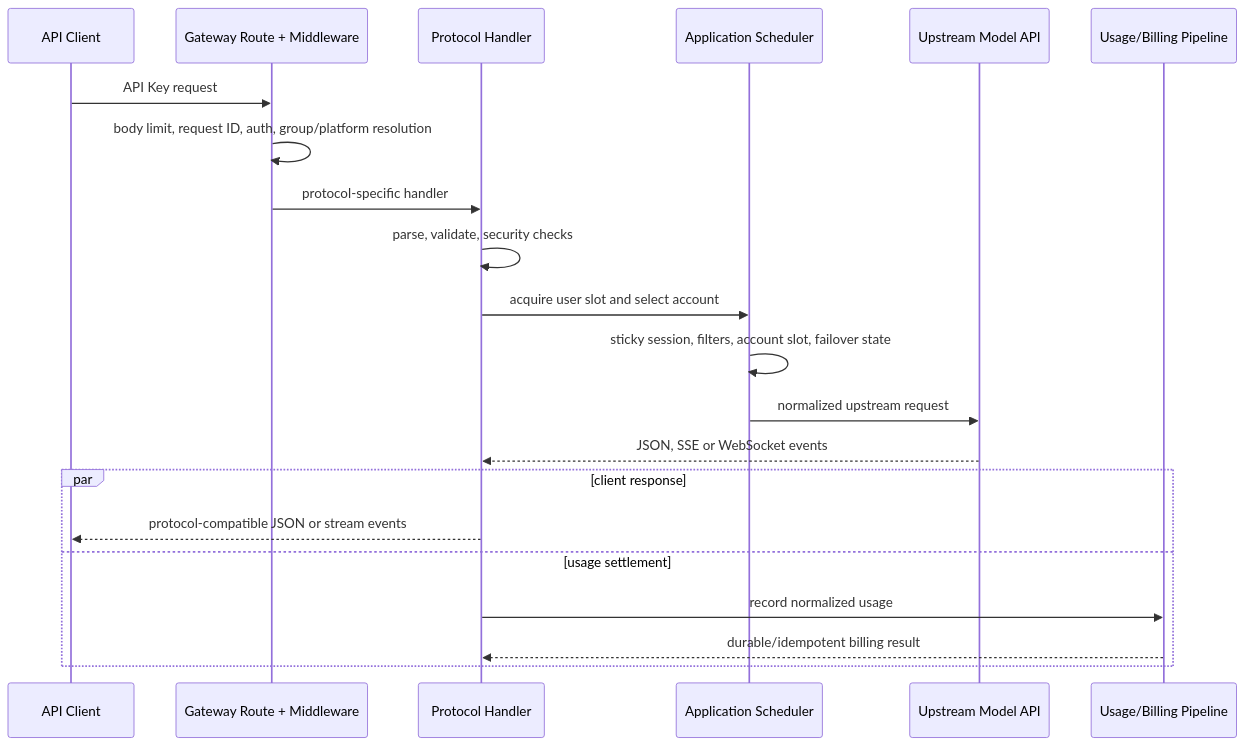
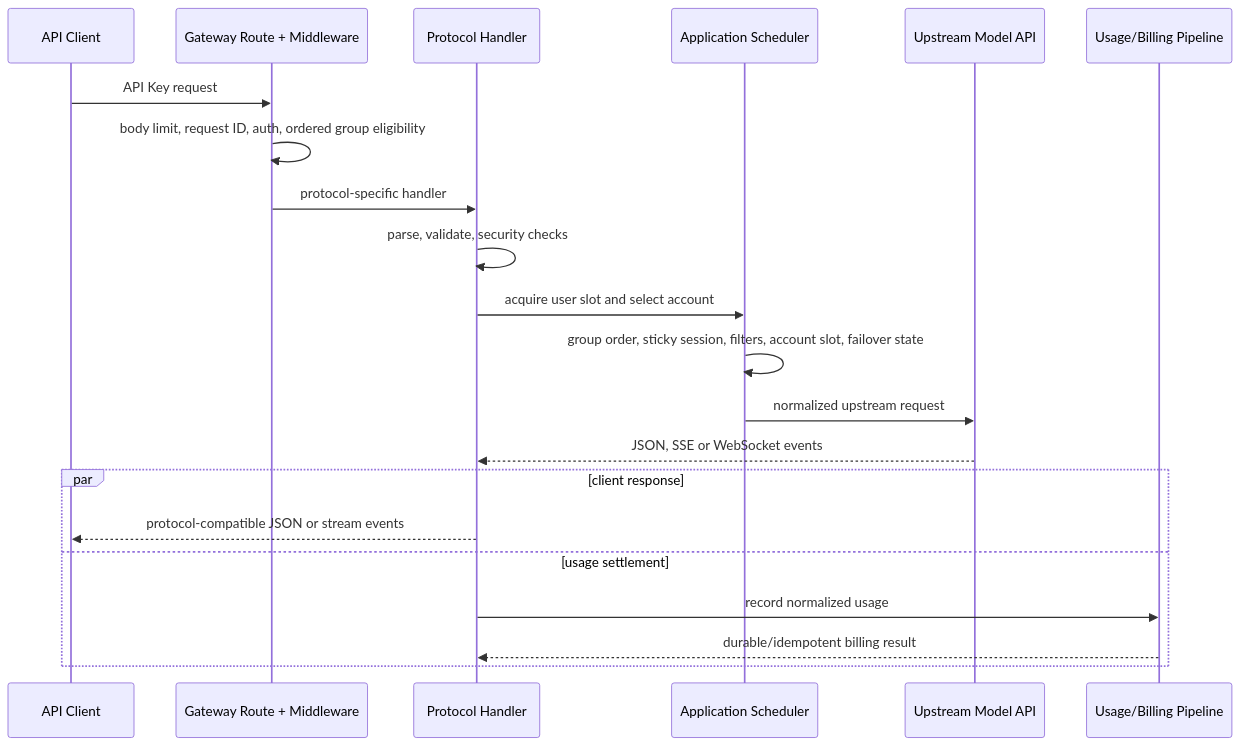
One commit to DR-lin-eng/sub2api-no2api changed the first of 2 diagrams in docs/REQUEST_LIFECYCLES.md. Above: the diagram before and after it, drawn with Mermaid. The commit also changed other lines of this file and 52 other files, not shown here.

Commit message:
feat(api-key): add ordered group fallback routing

````diff
--- a/docs/REQUEST_LIFECYCLES.md
+++ b/docs/REQUEST_LIFECYCLES.md
@@ -9,24 +9,24 @@
 ```mermaid
 sequenceDiagram
     participant Client as API Client
     participant Route as Gateway Route + Middleware
     participant Handler as Protocol Handler
     participant Scheduler as Application Scheduler
     participant Upstream as Upstream Model API
     participant Billing as Usage/Billing Pipeline
 
     Client->>Route: API Key request
-    Route->>Route: body limit, request ID, auth, group/platform resolution
+    Route->>Route: body limit, request ID, auth, ordered group eligibility
     Route->>Handler: protocol-specific handler
     Handler->>Handler: parse, validate, security checks
     Handler->>Scheduler: acquire user slot and select account
-    Scheduler->>Scheduler: sticky session, filters, account slot, failover state
+    Scheduler->>Scheduler: group order, sticky session, filters, account slot, failover state
     Scheduler->>Upstream: normalized upstream request
     Upstream-->>Handler: JSON, SSE or WebSocket events
     par client response
         Handler-->>Client: protocol-compatible JSON or stream events
     and usage settlement
         Handler->>Billing: record normalized usage
         Billing-->>Handler: durable/idempotent billing result
     end
 ```
````
